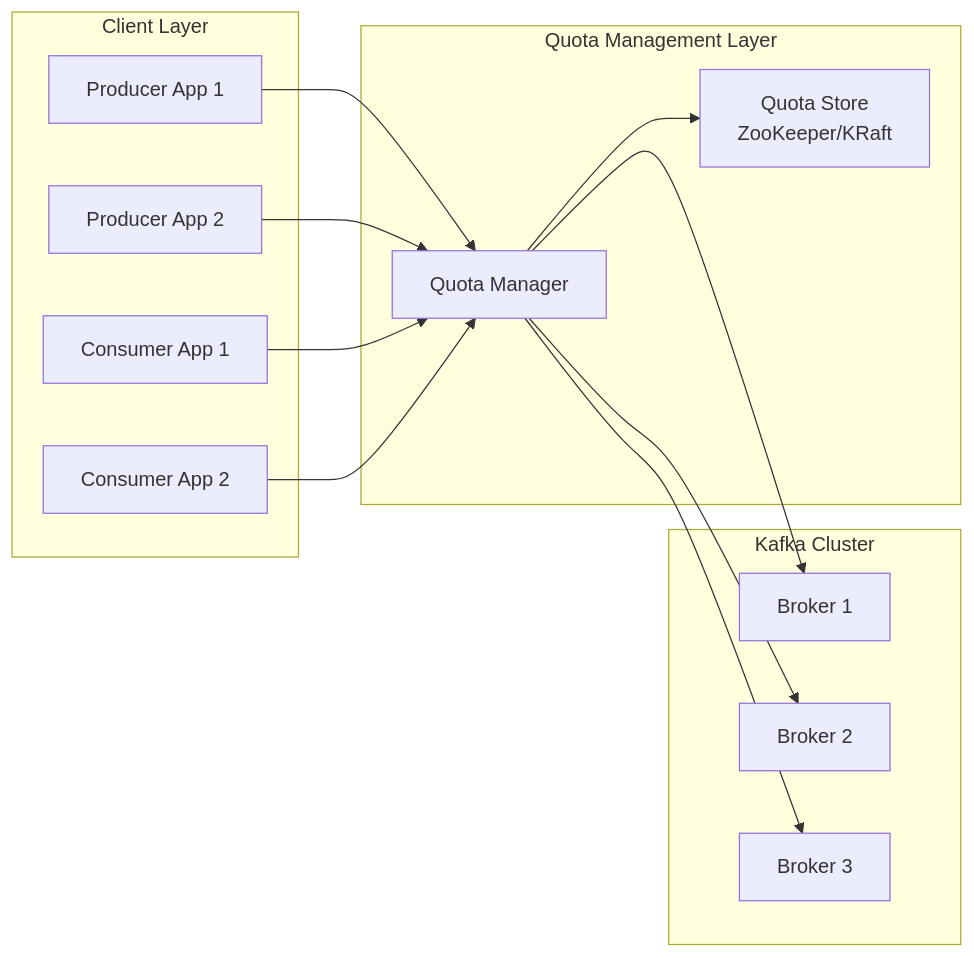
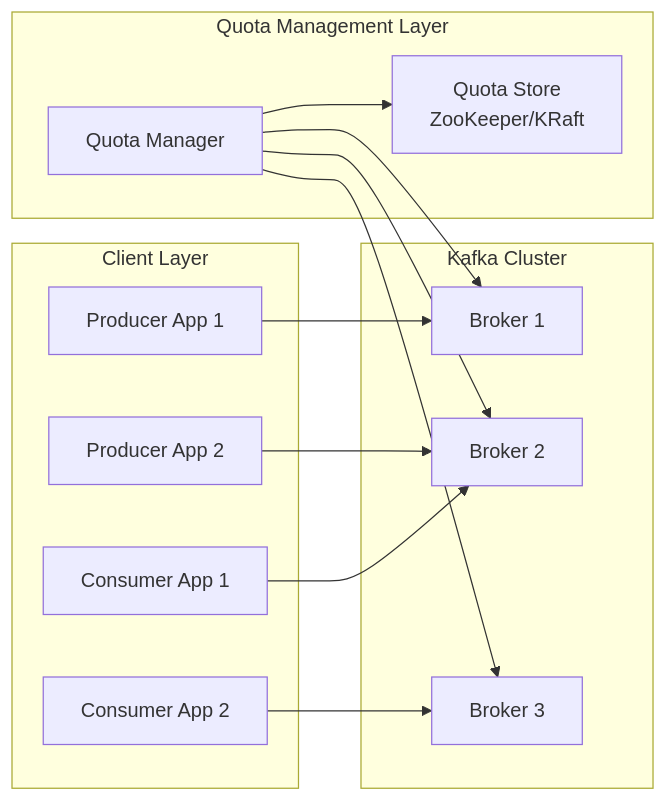
The third of 5 diagrams in posts/2026-01-30-kafka-quota-management/README.md (OneUptime/blog), drawn with Mermaid before and after one commit. The commit also changed other lines of this file and 2 other files, not shown here.

````diff
--- a/posts/2026-01-30-kafka-quota-management/README.md
+++ b/posts/2026-01-30-kafka-quota-management/README.md
@@ -74,29 +74,29 @@
 ```mermaid
 flowchart LR
     subgraph Clients["Client Layer"]
         P1["Producer App 1"]
         P2["Producer App 2"]
         C1["Consumer App 1"]
         C2["Consumer App 2"]
     end
 
     subgraph QuotaLayer["Quota Management Layer"]
         QM["Quota Manager"]
         QS["Quota Store<br/>ZooKeeper/KRaft"]
     end
 
     subgraph Kafka["Kafka Cluster"]
         B1["Broker 1"]
         B2["Broker 2"]
         B3["Broker 3"]
     end
 
-    P1 --> QM
-    P2 --> QM
-    C1 --> QM
-    C2 --> QM
+    P1 --> B1
+    P2 --> B2
+    C1 --> B2
+    C2 --> B3
     QM --> QS
     QM --> B1
     QM --> B2
     QM --> B3
 ```
````
